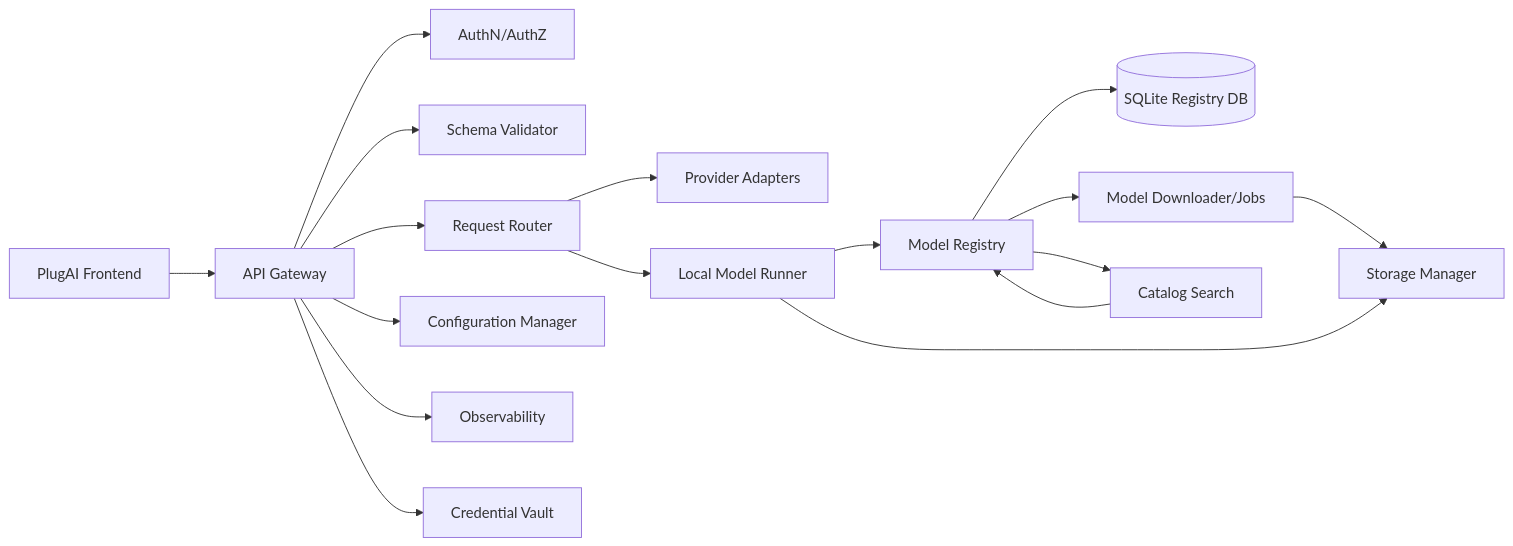
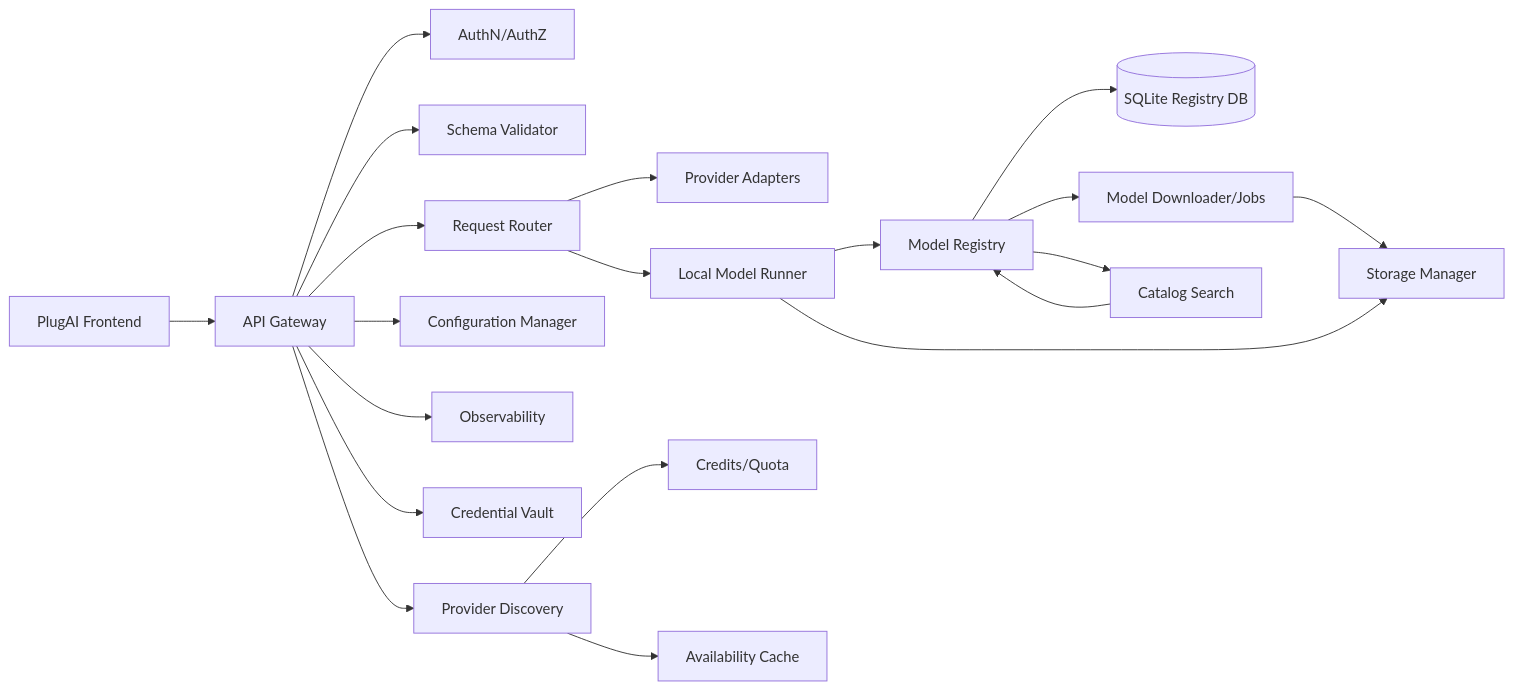
Before and after one commit to pluggably/llm_api: the second of 3 diagrams in docs/architecture/system_architecture.md, drawn with Mermaid. The commit also changed other lines of this file and 94 other files, not shown here.

````diff
--- a/docs/architecture/system_architecture.md
+++ b/docs/architecture/system_architecture.md
@@ -41,35 +42,41 @@
 ```mermaid
 graph LR
     Frontend[PlugAI Frontend]
     Gateway[API Gateway]
     Auth[AuthN/AuthZ]
     Router[Request Router]
     Validator[Schema Validator]
     Adapters[Provider Adapters]
     LocalRunner[Local Model Runner]
     Registry[Model Registry]
     CatalogSearch[Catalog Search]
     Creds[Credential Vault]
+    ProviderDiscovery[Provider Discovery]
+    Quota[Credits/Quota]
+    AvailabilityCache[Availability Cache]
     RegistryDB[(SQLite Registry DB)]
     Downloader[Model Downloader/Jobs]
     StorageMgr[Storage Manager]
     Config[Configuration Manager]
     Obs[Observability]
 
     Frontend --> Gateway
     Gateway --> Auth
     Gateway --> Validator
     Gateway --> Router
     Router --> Adapters
     Router --> LocalRunner
     LocalRunner --> Registry
     Registry --> RegistryDB
     Registry --> Downloader
     Registry --> CatalogSearch
     LocalRunner --> StorageMgr
     Gateway --> Config
     Gateway --> Obs
     Downloader --> StorageMgr
     Gateway --> Creds
     CatalogSearch --> Registry
+    Gateway --> ProviderDiscovery
+    ProviderDiscovery --> Quota
+    ProviderDiscovery --> AvailabilityCache
 ```
````
